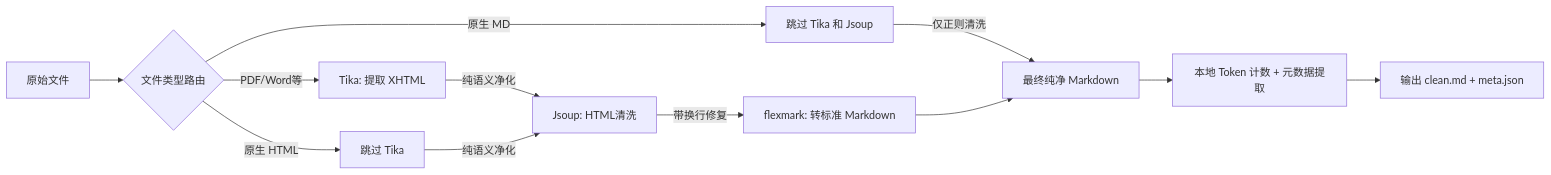
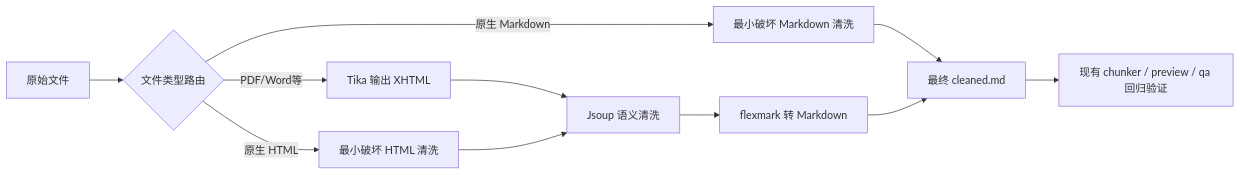
One commit to pop1414/my-AI changed the diagram in docs/runbooks/plans/ingest-cleaning/RAG 文档解析与清洗方案.md. Above: the diagram before and after it, drawn with Mermaid. The commit also changed other lines of this file and 4 other files, not shown here.

````diff
--- a/docs/runbooks/plans/ingest-cleaning/RAG 文档解析与清洗方案.md
+++ b/docs/runbooks/plans/ingest-cleaning/RAG 文档解析与清洗方案.md
@@ -42,14 +114,13 @@
 ```mermaid
 graph LR
 A[原始文件] --> B{文件类型路由}
-B -->|PDF/Word等| C[Tika: 提取 XHTML]
-B -->|原生 HTML| D[跳过 Tika]
-B -->|原生 MD| E[跳过 Tika 和 Jsoup]
-C -->|纯语义净化| F[Jsoup: HTML清洗]
-D -->|纯语义净化| F
-F -->|带换行修复| G[flexmark: 转标准 Markdown]
-E -->|仅正则清洗| H[最终纯净 Markdown]
+B -->|PDF/Word等| C[Tika 输出 XHTML]
+B -->|原生 HTML| D[最小破坏 HTML 清洗]
+B -->|原生 Markdown| E[最小破坏 Markdown 清洗]
+C --> F[Jsoup 语义清洗]
+D --> F
+F --> G[flexmark 转 Markdown]
+E --> H[最终 cleaned.md]
 G --> H
-H --> I[本地 Token 计数 + 元数据提取]
-I --> J[输出 clean.md + meta.json]
+H --> I[现有 chunker / preview / qa 回归验证]
 ```
````
